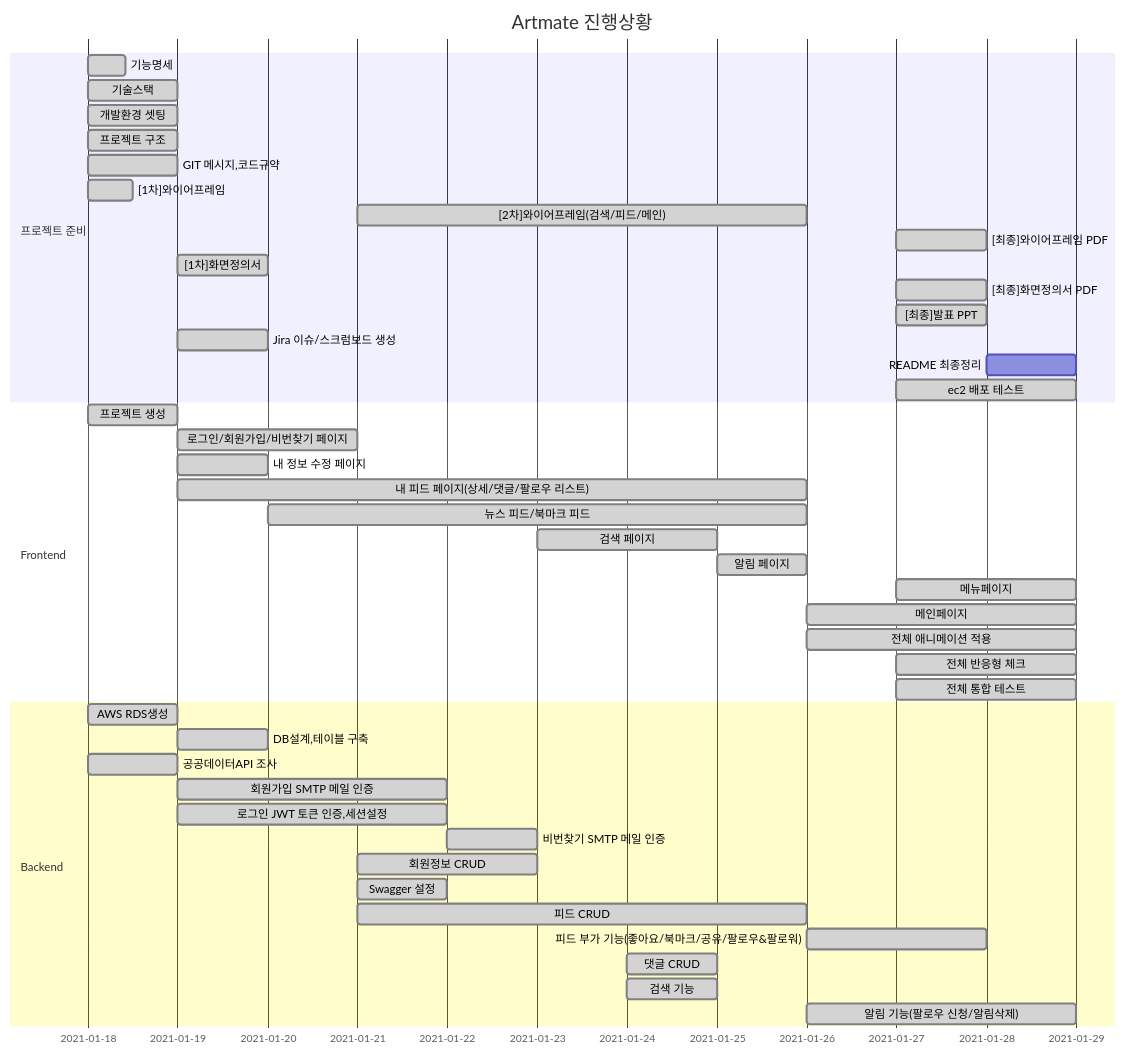
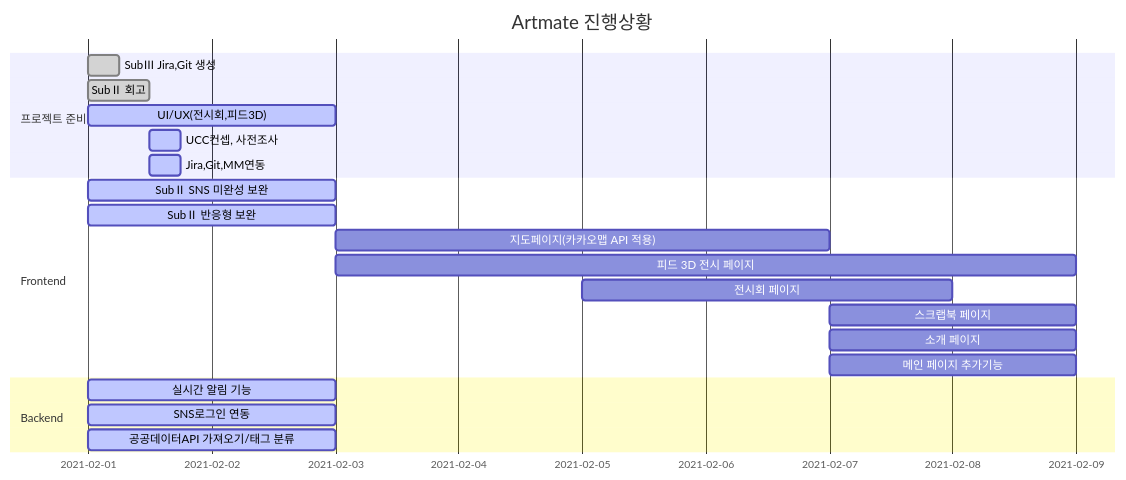
Before and after one commit to dovvn/Artmate-PJT: the diagram in README.md, drawn with Mermaid. The commit also changed other lines of this file, not shown here.

Commit message:
README_0201: 오전 작업상황 업데이트

````diff
--- a/README.md
+++ b/README.md
@@ -20,52 +21,28 @@
 ```mermaid  
 gantt
     title Artmate 진행상황
     dateFormat  YYYY-MM-DD
     section 프로젝트 준비
-    기능명세          :done, p1, 2021-01-18, 10h
-    기술스택          :done, p3, 2021-01-18, 24h
-    개발환경 셋팅          :done, 2021-01-18, 2021-01-19
-    프로젝트 구조          :done, 2021-01-18, 2021-01-19
-    GIT 메시지,코드규약          :done, 2021-01-18, 2021-01-19
-    [1차]와이어프레임          :done, p2, 2021-01-18, 12h
-    [2차]와이어프레임(검색/피드/메인)          :done, p2, 2021-01-21, 5d
-    [최종]와이어프레임 PDF          :done, 2021-01-27, 1d
-    [1차]화면정의서          :done, 2021-01-19, 1d
-    [최종]화면정의서 PDF         :done, 2021-01-27, 1d
-    [최종]발표 PPT         :done, 2021-01-27, 1d
-    Jira 이슈/스크럼보드 생성          :done, 2021-01-19, 1d
-    README 최종정리         :, 2021-01-28, 1d
-    ec2 배포 테스트         :done, 2021-01-27, 2d
+    SubⅢ Jira,Git 생성  :done, 2021-02-01, 6h
+    SubⅡ 회고          :done, p2,2021-02-01, 12h
+    UI/UX(전시회,피드3D)   :active,2021-02-01,2d
+    UCC컨셉, 사전조사   :active,after p2,6h
+    Jira,Git,MM연동   :active,after p2,6h
     
 
     section Frontend
-    프로젝트 생성          :done, 2021-01-18,1d
-    로그인/회원가입/비번찾기 페이지  :done,2021-01-19,2d
-    내 정보 수정 페이지  :done,2021-01-19,1d
-    내 피드 페이지(상세/댓글/팔로우 리스트)  :done,2021-01-19,7d
-    뉴스 피드/북마크 피드  :done,2021-01-20, 6d
-    검색 페이지 :done,2021-01-23,2d
-    알림 페이지 :done,2021-01-25,1d
-    메뉴페이지: done,2021-01-27,2d
-    메인페이지: done,2021-01-26,3d
-    전체 애니메이션 적용 :done,2021-01-26,3d
-    전체 반응형 체크 :done,2021-01-27,2d
-    전체 통합 테스트:done,2021-01-27,2d     
+    SubⅡ SNS 미완성 보완          :active, 2021-02-01, 2d
+    SubⅡ 반응형 보완          :active, 2021-02-01, 2d
+    지도페이지(카카오맵 API 적용)       :2021-02-03, 4d
+    피드 3D 전시 페이지   :,2021-02-03,6d
+    전시회 페이지   :,2021-02-05,3d
+    스크랩북 페이지   :,2021-02-07,2d
+    소개 페이지   :,2021-02-07,2d
+    메인 페이지 추가기능   :,2021-02-07,2d
+    
 
     section Backend
-    AWS RDS생성          :done, 2021-01-18, 1d
-    DB설계,테이블 구축           :done,d1, 2021-01-19, 1d
-    공공데이터API 조사         :done, 2021-01-18, 1d
-    회원가입 SMTP 메일 인증          :done, user1, 2021-01-19, 3d
-    로그인 JWT 토큰 인증,세션설정           :done, user2, 2021-01-19, 3d
-    비번찾기 SMTP 메일 인증           :done, 2021-01-22, 1d
-    회원정보 CRUD  :done,2021-01-21, 2d
-    Swagger 설정  :done,2021-01-21,1d
-    피드 CRUD  :done,2021-01-21,5d
-    피드 부가 기능(좋아요/북마크/공유/팔로우&팔로워) : done, 2021-01-26,2d
-
-    댓글 CRUD  :done,2021-01-24,1d
-    검색 기능           :done, 2021-01-24, 1d
-    알림 기능(팔로우 신청/알림삭제)           :done, 2021-01-26, 3d
-              
+    실시간 알림 기능          :active, 2021-02-01, 2d
+    SNS로그인 연동          :active, 2021-02-01, 2d
+    공공데이터API 가져오기/태그 분류          :active, p1, 2021-02-01, 2d
 ```
````
